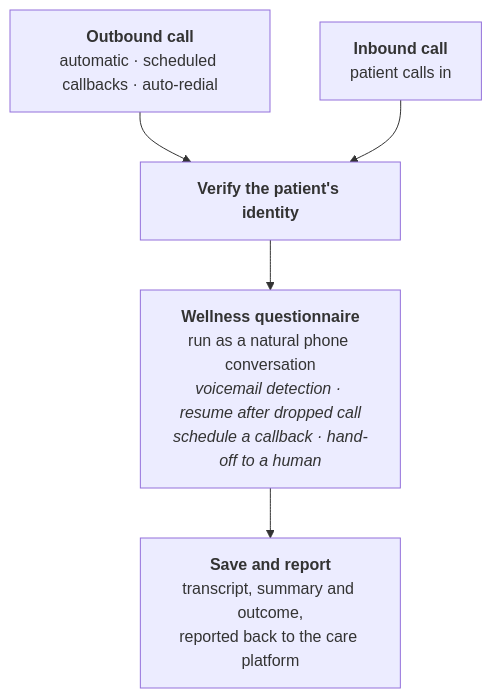
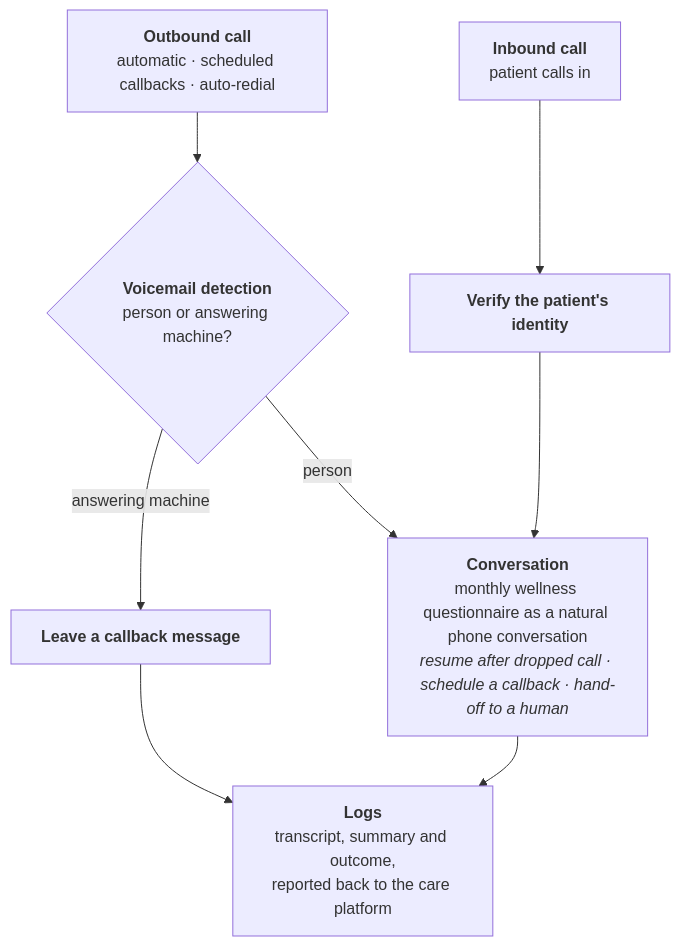
Before and after one commit to ALIKAZMI001/ccm-outreach-agent: the diagram in README.md, drawn with Mermaid. The commit also changed other lines of this file, not shown here.

Commit message:
Show voicemail detection on the outbound path; verification on inbound; logs step

````diff
--- a/README.md
+++ b/README.md
@@ -13,8 +13,11 @@
 ```mermaid
 flowchart TD
-    O["<b>Outbound call</b><br/>automatic · scheduled callbacks · auto-redial"] --> V
-    I["<b>Inbound call</b><br/>patient calls in"] --> V
-    V["<b>Verify the patient's identity</b>"] --> Q
-    Q["<b>Wellness questionnaire</b><br/>run as a natural phone conversation<br/><i>voicemail detection · resume after dropped call<br/>schedule a callback · hand-off to a human</i>"] --> S
-    S["<b>Save and report</b><br/>transcript, summary and outcome,<br/>reported back to the care platform"]
+    O["<b>Outbound call</b><br/>automatic · scheduled callbacks · auto-redial"] --> M{"<b>Voicemail detection</b><br/>person or answering machine?"}
+    M -- "answering machine" --> L["<b>Leave a callback message</b>"]
+    M -- "person" --> Q
+    I["<b>Inbound call</b><br/>patient calls in"] --> V["<b>Verify the patient's identity</b>"]
+    V --> Q
+    Q["<b>Conversation</b><br/>monthly wellness questionnaire as a natural phone conversation<br/><i>resume after dropped call · schedule a callback · hand-off to a human</i>"] --> S
+    L --> S
+    S["<b>Logs</b><br/>transcript, summary and outcome,<br/>reported back to the care platform"]
 ```
````
